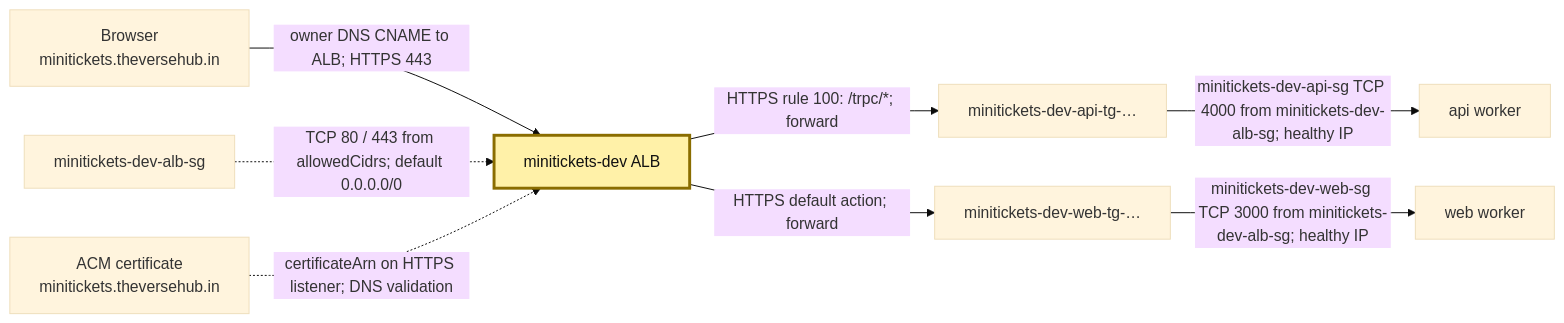
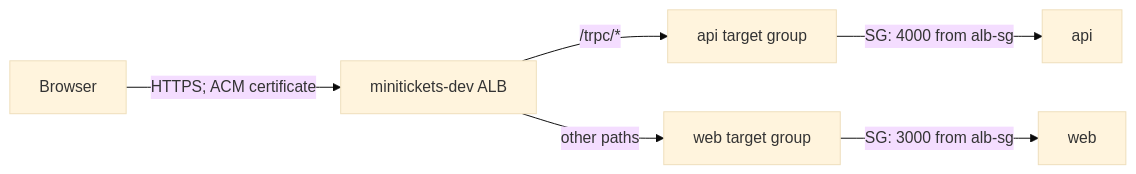
The diagram in docs/handbook/concepts/alb.md (maheshnd/minitickets), drawn with Mermaid (base theme) before and after one commit. The commit also changed other lines of this file and 39 other files, not shown here.

````diff
--- a/docs/handbook/concepts/alb.md
+++ b/docs/handbook/concepts/alb.md
@@ -14,12 +18,8 @@
 ```mermaid
 flowchart LR
-    visitor["Browser<br/>minitickets.theversehub.in"] -->|"owner DNS CNAME to ALB; HTTPS 443"| alb["minitickets-dev ALB"]
-    guard["minitickets-dev-alb-sg"] -.->|"TCP 80 / 443 from allowedCidrs; default 0.0.0.0/0"| alb
-    cert["ACM certificate<br/>minitickets.theversehub.in"] -.->|"certificateArn on HTTPS listener; DNS validation"| alb
-    alb -->|"HTTPS rule 100: /trpc/*; forward"| atg["minitickets-dev-api-tg-…"]
-    alb -->|"HTTPS default action; forward"| wtg["minitickets-dev-web-tg-…"]
-    atg -->|"minitickets-dev-api-sg TCP 4000 from minitickets-dev-alb-sg; healthy IP"| api["api worker"]
-    wtg -->|"minitickets-dev-web-sg TCP 3000 from minitickets-dev-alb-sg; healthy IP"| web["web worker"]
-    classDef focus fill:#fff1a8,stroke:#8a6d00,stroke-width:3px,color:#111
-    class alb focus
+    browser["Browser"] -->|"HTTPS; ACM certificate"| alb["minitickets-dev ALB"]
+    alb -->|"/trpc/*"| apiGroup["api target group"]
+    alb -->|"other paths"| webGroup["web target group"]
+    apiGroup -->|"SG: 4000 from alb-sg"| api["api"]
+    webGroup -->|"SG: 3000 from alb-sg"| web["web"]
 ```
````
